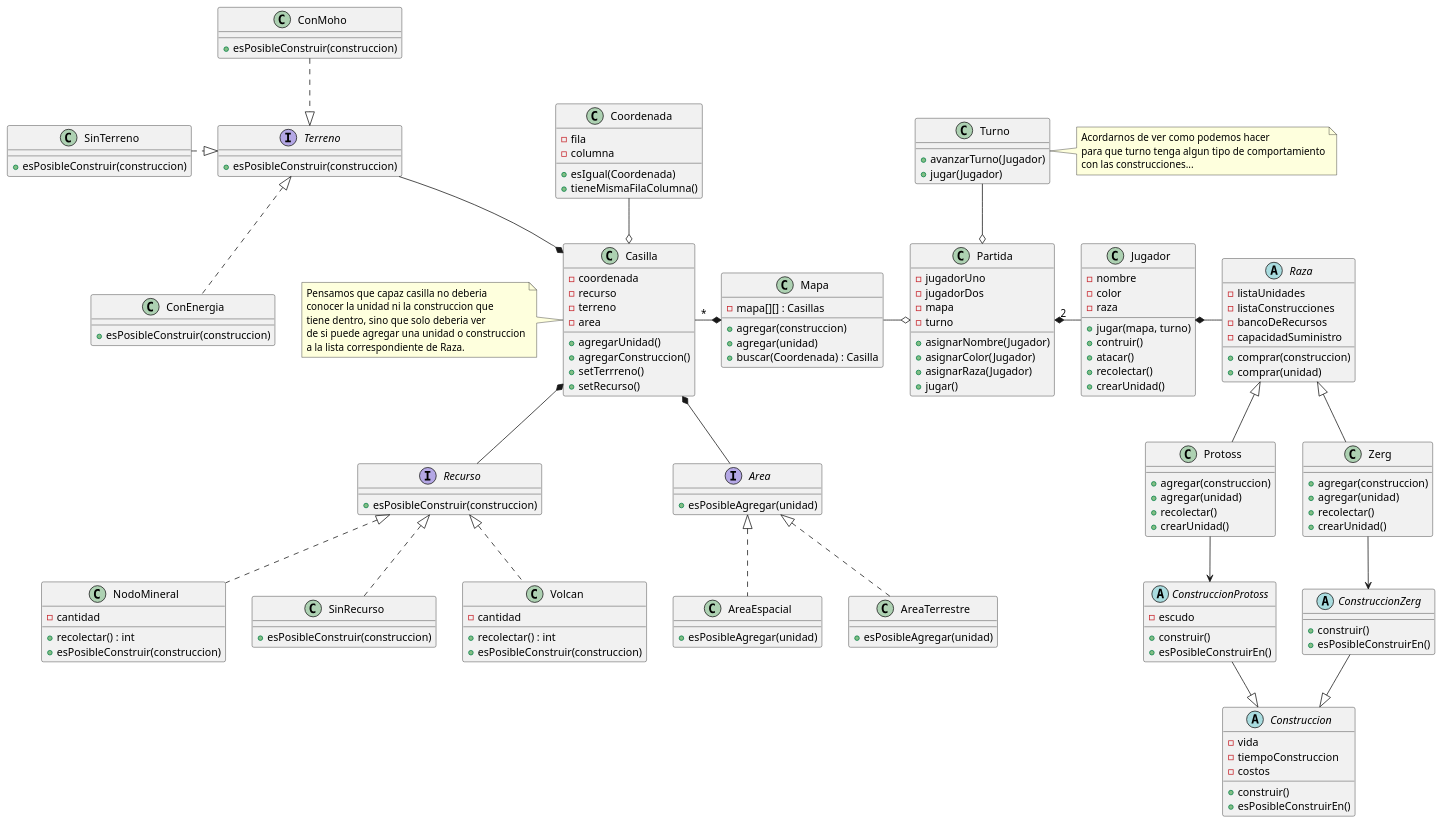
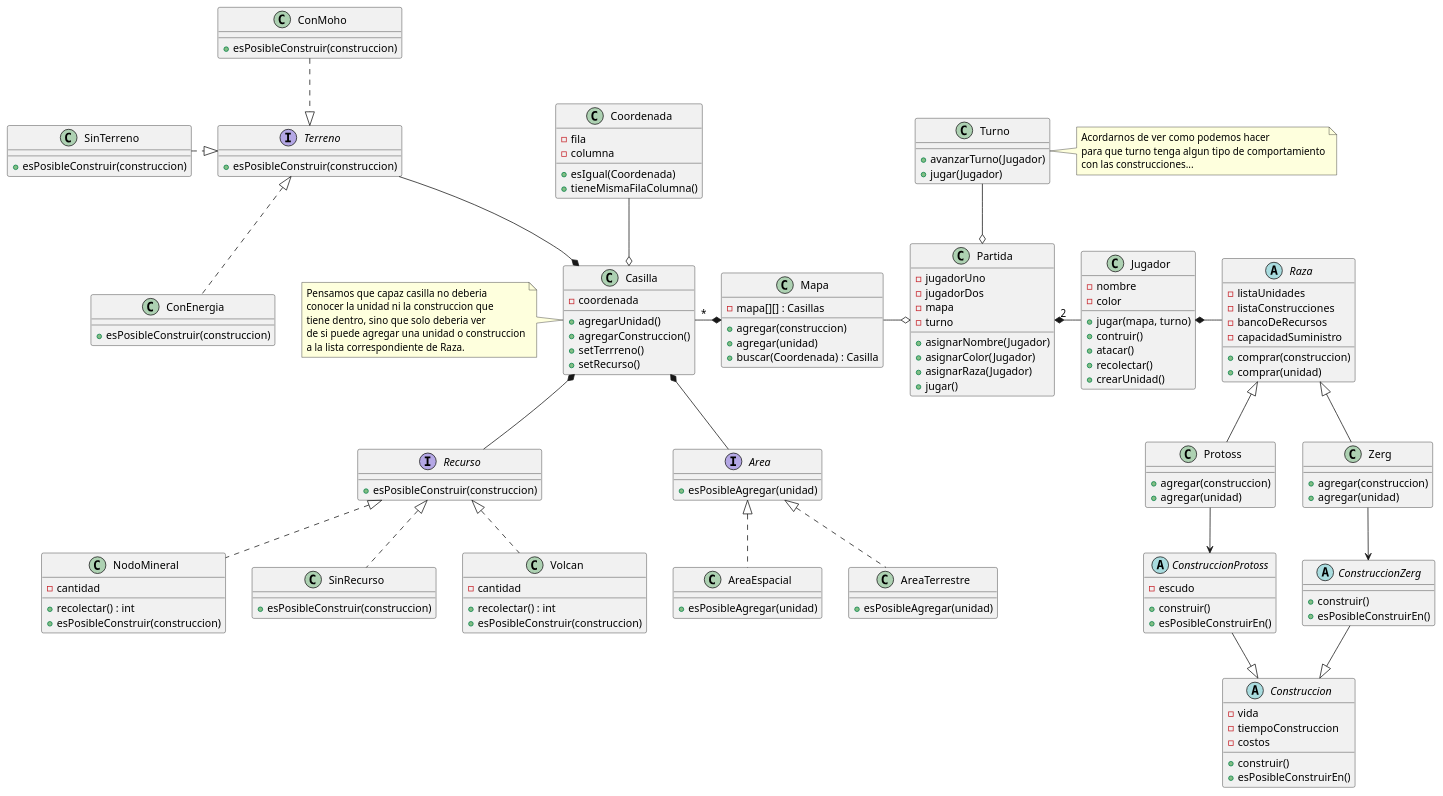
The diagram in diagrams/classes/Modelo3/ModeloAlternativo.puml (GiaWong/Algo3_TP2_2C2022), drawn with PlantUML before and after one commit. The commit also changed 14 other files, not shown here.

```diff
--- a/diagrams/classes/Modelo3/ModeloAlternativo.puml
+++ b/diagrams/classes/Modelo3/ModeloAlternativo.puml
@@ -1,199 +1,191 @@
 @startuml
 'https://plantuml.com/class-diagram
 
 class Partida {
     - jugadorUno
     - jugadorDos
     - mapa
     - turno
 
     + asignarNombre(Jugador)
     + asignarColor(Jugador)
     + asignarRaza(Jugador)
     + jugar()
 }
 
 class Jugador {
     - nombre
     - color
-    - raza
 
     + jugar(mapa, turno)
     + contruir()
     + atacar()
     + recolectar()
     + crearUnidad()
 }
 
 abstract class Raza {
     - listaUnidades
     - listaConstrucciones
     - bancoDeRecursos
     - capacidadSuministro
 
     + comprar(construccion)
     + comprar(unidad)
 }
 
 class Zerg {
     + agregar(construccion)
     + agregar(unidad)
-    + recolectar()
-    + crearUnidad()
 }
 
 class Protoss {
     + agregar(construccion)
     + agregar(unidad)
-    + recolectar()
-    + crearUnidad()
 }
 
 abstract class Construccion {
     - vida
     - tiempoConstruccion
     - costos
     + construir()
     + esPosibleConstruirEn()
 }
 
 abstract class ConstruccionZerg {
     + construir()
     + esPosibleConstruirEn()
 }
 
 abstract class ConstruccionProtoss {
     - escudo
     + construir()
     + esPosibleConstruirEn()
 }
 
 class Mapa {
     - mapa[][] : Casillas
     + agregar(construccion)
     + agregar(unidad)
     + buscar(Coordenada) : Casilla
 }
 
 class Casilla {
     - coordenada
-    - recurso
-    - terreno
-    - area
 
     + agregarUnidad()
     + agregarConstruccion()
     + setTerrreno()
     + setRecurso()
 }
 
 note left
 Pensamos que capaz casilla no deberia
 conocer la unidad ni la construccion que
 tiene dentro, sino que solo deberia ver
 de si puede agregar una unidad o construccion
 a la lista correspondiente de Raza.
 end note
 
 
 class Coordenada {
     - fila
     - columna
 
     +esIgual(Coordenada)
     +tieneMismaFilaColumna()
 }
 
 class SinRecurso {
     + esPosibleConstruir(construccion)
 }
 
 interface Terreno {
     + esPosibleConstruir(construccion)
 }
 
 class ConMoho {
     + esPosibleConstruir(construccion)
 }
 
 class ConEnergia {
     + esPosibleConstruir(construccion)
 }
 
 class SinTerreno {
     + esPosibleConstruir(construccion)
 }
 
 class Volcan {
     - cantidad
     + recolectar() : int
     + esPosibleConstruir(construccion)
 }
 
 class NodoMineral {
     - cantidad
     + recolectar() : int
     + esPosibleConstruir(construccion)
 }
 
 class Turno {
 
    +avanzarTurno(Jugador)
    +jugar(Jugador)
 
 }
 note right
 Acordarnos de ver como podemos hacer
 para que turno tenga algun tipo de comportamiento
 con las construcciones...
 end note
 
 interface Recurso {
     + esPosibleConstruir(construccion)
 }
 
 
 
 Partida "2" *- Jugador
 Mapa -o Partida
 Partida o-up- Turno
 
 Jugador *- Raza
 Raza <|-- Zerg
 Raza <|-- Protoss
 
 Zerg --> ConstruccionZerg
 Protoss --> ConstruccionProtoss
 ConstruccionProtoss --|> Construccion
 ConstruccionZerg --|> Construccion
 
 Casilla "*" -* Mapa
 Terreno --* Casilla
 Coordenada --o Casilla
 Casilla *-- Recurso
 
 Recurso <|.. Volcan
 Recurso <|.. NodoMineral
 Recurso <|.. SinRecurso
 
 ConMoho ..|> Terreno
 Terreno <|.. ConEnergia
 SinTerreno .|> Terreno
 
 interface Area{
  +esPosibleAgregar(unidad)
 }
 class AreaTerrestre{
 +esPosibleAgregar(unidad)
 }
 class AreaEspacial{
 +esPosibleAgregar(unidad)
 }
 
 Casilla *-- Area
 Area <|.. AreaTerrestre
 Area <|.. AreaEspacial
 
 
 
 @enduml
```
